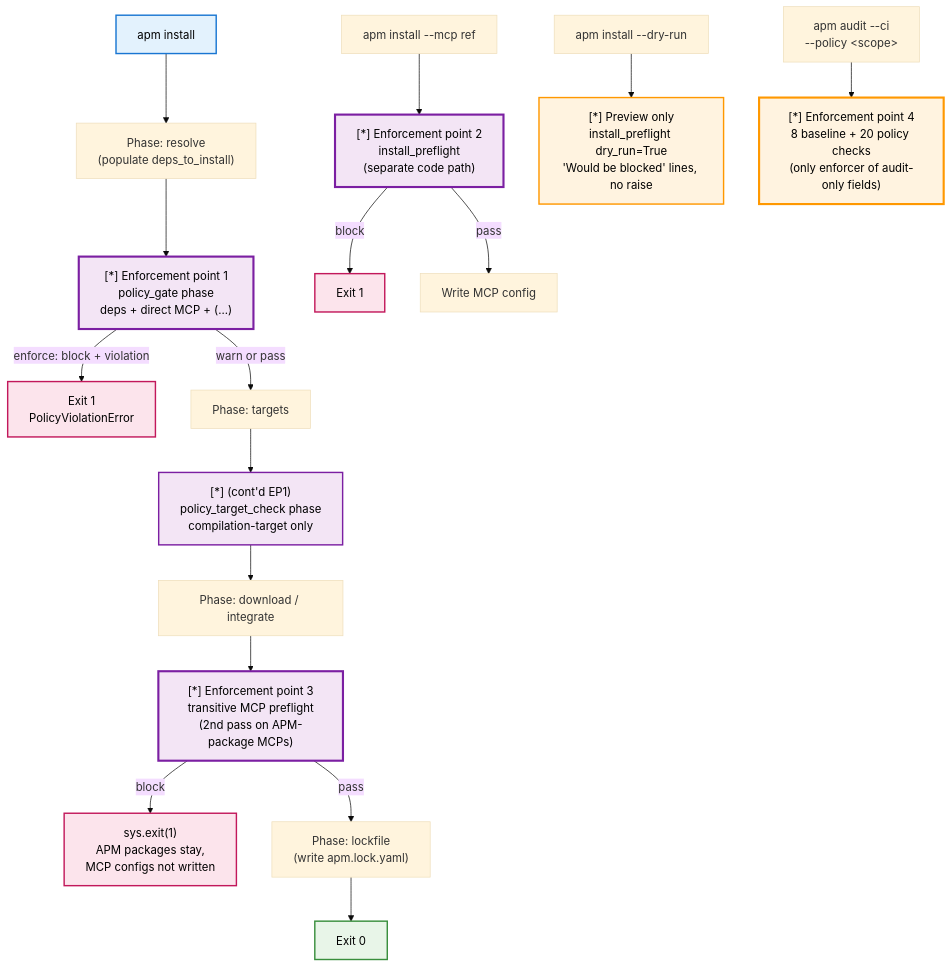
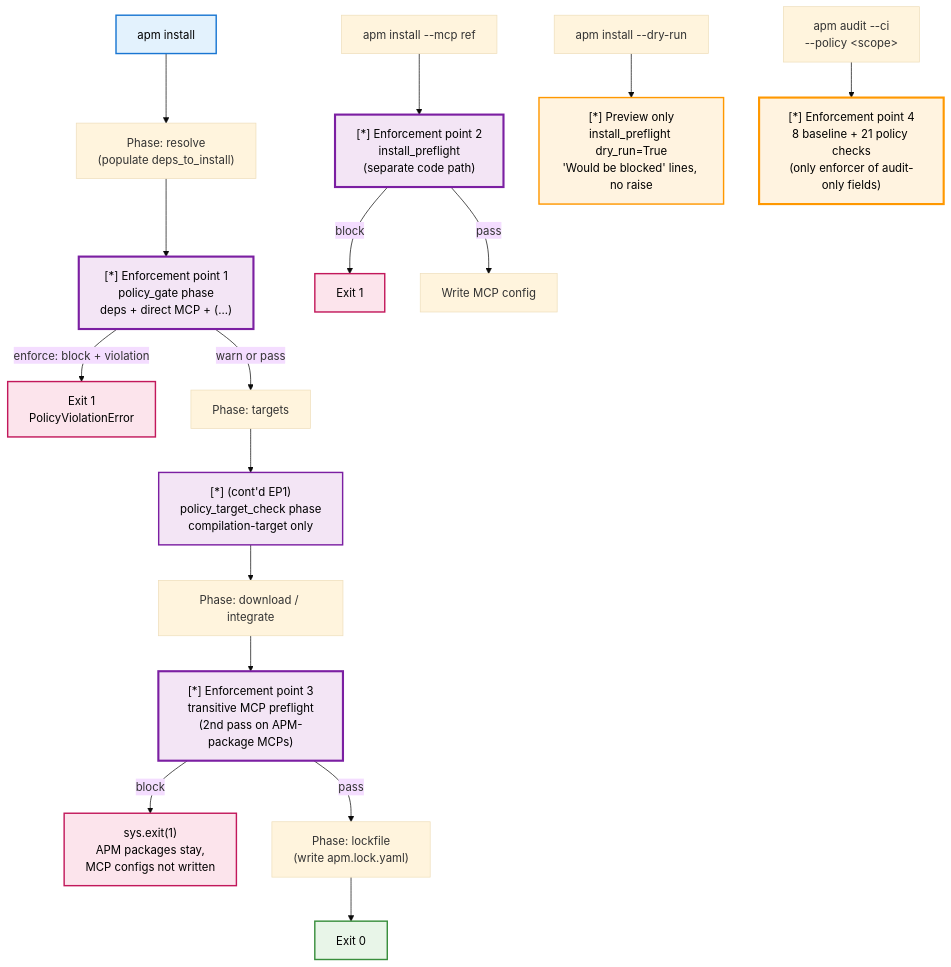
One commit to microsoft/apm changed the first of 4 diagrams in docs/src/content/docs/enterprise/governance-guide.md. Above: the diagram before and after it, drawn with Mermaid (base theme). The commit also changed other lines of this file and 21 other files, not shown here.

````diff
--- a/docs/src/content/docs/enterprise/governance-guide.md
+++ b/docs/src/content/docs/enterprise/governance-guide.md
@@ -120,33 +120,33 @@
 ```mermaid
 graph TD
     Start["apm install"] --> Resolve["Phase: resolve<br/>(populate deps_to_install)"]
     Resolve --> Gate["[*] Enforcement point 1<br/>policy_gate phase<br/>deps + direct MCP + (...)"]
     Gate -->|enforce: block + violation| Fail1["Exit 1<br/>PolicyViolationError"]
     Gate -->|warn or pass| Targets["Phase: targets"]
     Targets --> TargetCheck["[*] (cont'd EP1)<br/>policy_target_check phase<br/>compilation-target only"]
     TargetCheck --> Download["Phase: download / integrate"]
     Download --> TransMCP["[*] Enforcement point 3<br/>transitive MCP preflight<br/>(2nd pass on APM-package MCPs)"]
     TransMCP -->|block| Fail2["sys.exit(1)<br/>APM packages stay,<br/>MCP configs not written"]
     TransMCP -->|pass| Lockfile["Phase: lockfile<br/>(write apm.lock.yaml)"]
     Lockfile --> Done["Exit 0"]
 
     MCPBranch["apm install --mcp ref"] --> MCPPre["[*] Enforcement point 2<br/>install_preflight<br/>(separate code path)"]
     MCPPre -->|block| Fail3["Exit 1"]
     MCPPre -->|pass| MCPWrite["Write MCP config"]
 
     DryRun["apm install --dry-run"] --> DryPre["[*] Preview only<br/>install_preflight dry_run=True<br/>'Would be blocked' lines, no raise"]
 
-    Audit["apm audit --ci<br/>--policy &lt;scope&gt;"] --> AuditRun["[*] Enforcement point 4<br/>8 baseline + 20 policy checks<br/>(only enforcer of audit-only fields)"]
+    Audit["apm audit --ci<br/>--policy &lt;scope&gt;"] --> AuditRun["[*] Enforcement point 4<br/>8 baseline + 21 policy checks<br/>(only enforcer of audit-only fields)"]
 
     style Start fill:#e3f2fd,stroke:#1976d2,stroke-width:2px,color:#000
     style Gate fill:#f3e5f5,stroke:#7b1fa2,stroke-width:3px,color:#000
     style TargetCheck fill:#f3e5f5,stroke:#7b1fa2,stroke-width:2px,color:#000
     style TransMCP fill:#f3e5f5,stroke:#7b1fa2,stroke-width:3px,color:#000
     style MCPPre fill:#f3e5f5,stroke:#7b1fa2,stroke-width:3px,color:#000
     style AuditRun fill:#fff3e0,stroke:#ff9800,stroke-width:3px,color:#000
     style Fail1 fill:#fce4ec,stroke:#c2185b,stroke-width:2px,color:#000
     style Fail2 fill:#fce4ec,stroke:#c2185b,stroke-width:2px,color:#000
     style Fail3 fill:#fce4ec,stroke:#c2185b,stroke-width:2px,color:#000
     style Done fill:#e8f5e8,stroke:#388e3c,stroke-width:2px,color:#000
     style DryPre fill:#fff3e0,stroke:#ff9800,stroke-width:2px,color:#000
 ```
````
